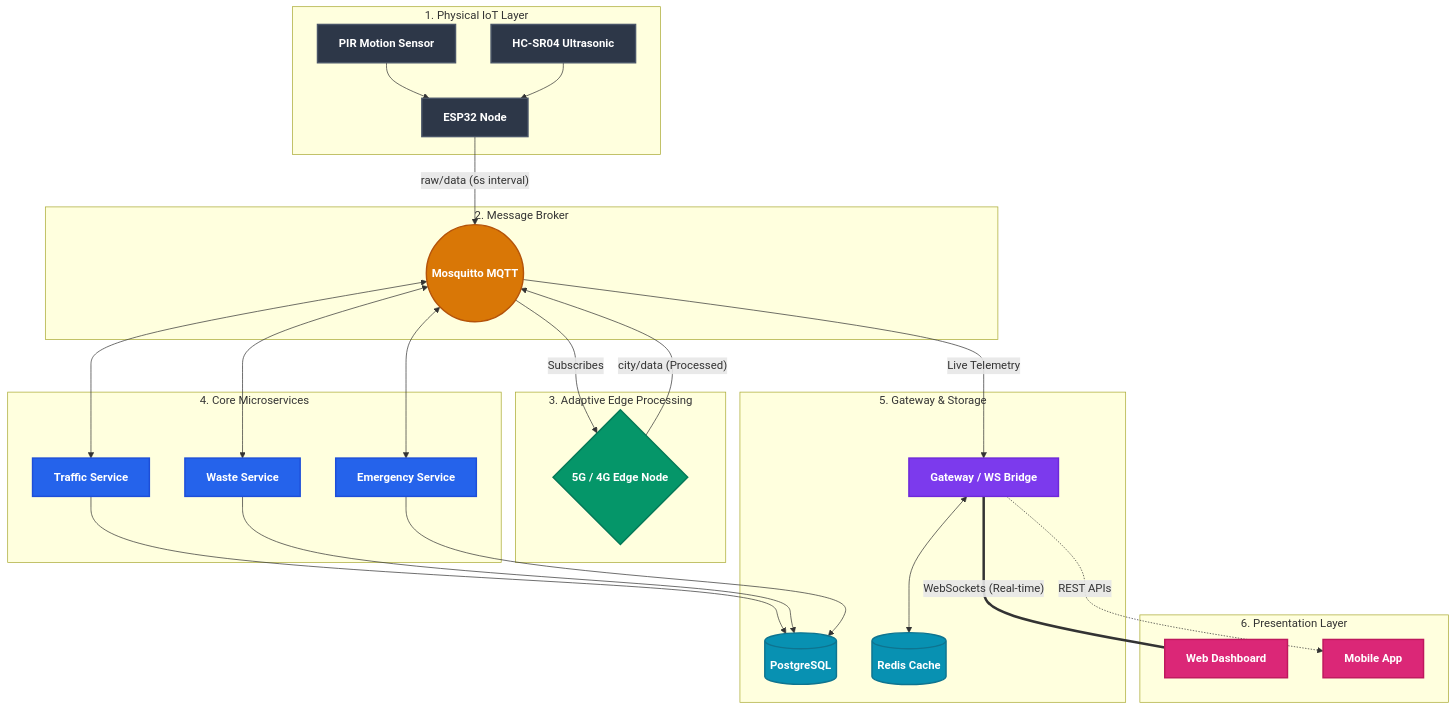
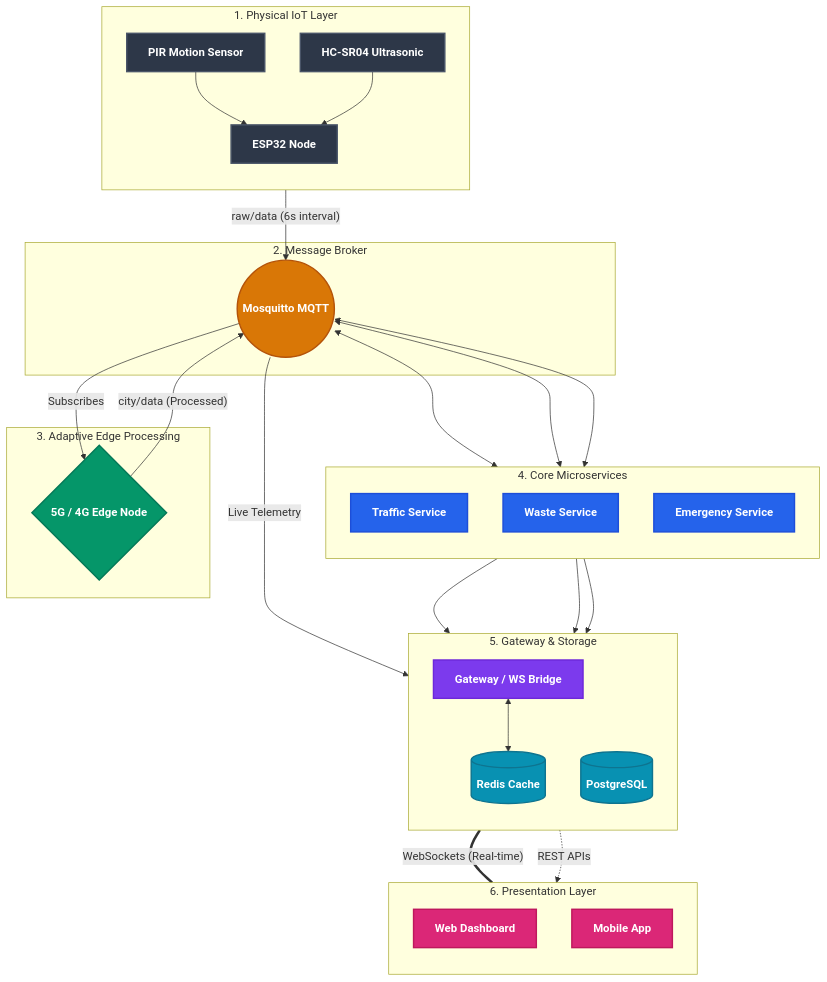
One commit to mainakpaul2005/Tech-A-Thon changed the diagram in README.md. Above: the diagram before and after it, drawn with Mermaid.

Commit message:
docs: adjust architecture diagram width for readability

````diff
--- a/README.md
+++ b/README.md
@@ -40,56 +40,60 @@
 ```mermaid
 %%{init: {'theme': 'default', 'themeVariables': { 'background': '#ffffff', 'fontSize': '16px', 'fontFamily': 'arial'}}}%%
 flowchart TD
     classDef physical fill:#2d3748,stroke:#4a5568,stroke-width:2px,color:#fff,font-size:16px,font-weight:bold
     classDef mqtt fill:#d97706,stroke:#b45309,stroke-width:2px,color:#fff,font-size:16px,font-weight:bold
     classDef edge fill:#059669,stroke:#047857,stroke-width:2px,color:#fff,font-size:16px,font-weight:bold
     classDef service fill:#2563eb,stroke:#1d4ed8,stroke-width:2px,color:#fff,font-size:16px,font-weight:bold
     classDef gateway fill:#7c3aed,stroke:#6d28d9,stroke-width:2px,color:#fff,font-size:16px,font-weight:bold
     classDef ui fill:#db2777,stroke:#be185d,stroke-width:2px,color:#fff,font-size:16px,font-weight:bold
     classDef db fill:#0891b2,stroke:#0e7490,stroke-width:2px,color:#fff,font-size:16px,font-weight:bold
 
 
     subgraph Tier1 ["1. Physical IoT Layer"]
+        direction TB
         HW[ESP32 Node]:::physical
         PIR[PIR Motion Sensor]:::physical --> HW
         SONAR[HC-SR04 Ultrasonic]:::physical --> HW
     end
 
     subgraph Tier2 ["2. Message Broker"]
         MQ((Mosquitto MQTT)):::mqtt
     end
 
     subgraph Tier3 ["3. Adaptive Edge Processing"]
         ADAPT{5G / 4G Edge Node}:::edge
         HW -- "raw/data (6s interval)" --> MQ
         MQ -- Subscribes --> ADAPT
         ADAPT -- "city/data (Processed)" --> MQ
     end
 
     subgraph Tier4 ["4. Core Microservices"]
+        direction TB
         TS[Traffic Service]:::service
         WS[Waste Service]:::service
         ES[Emergency Service]:::service
         MQ <--> TS
         MQ <--> WS
         MQ <--> ES
     end
 
     subgraph Tier5 ["5. Gateway & Storage"]
+        direction TB
         GW[Gateway / WS Bridge]:::gateway
         DB[(PostgreSQL)]:::db
         REDIS[(Redis Cache)]:::db
         TS --> DB
         WS --> DB
         ES --> DB
         MQ -- "Live Telemetry" --> GW
         GW <--> REDIS
     end
 
     subgraph Tier6 ["6. Presentation Layer"]
+        direction TB
         UI_WEB[Web Dashboard]:::ui
         UI_MOB[Mobile App]:::ui
         GW == "WebSockets (Real-time)" === UI_WEB
         GW -. "REST APIs" .-> UI_MOB
     end
 ```
````
